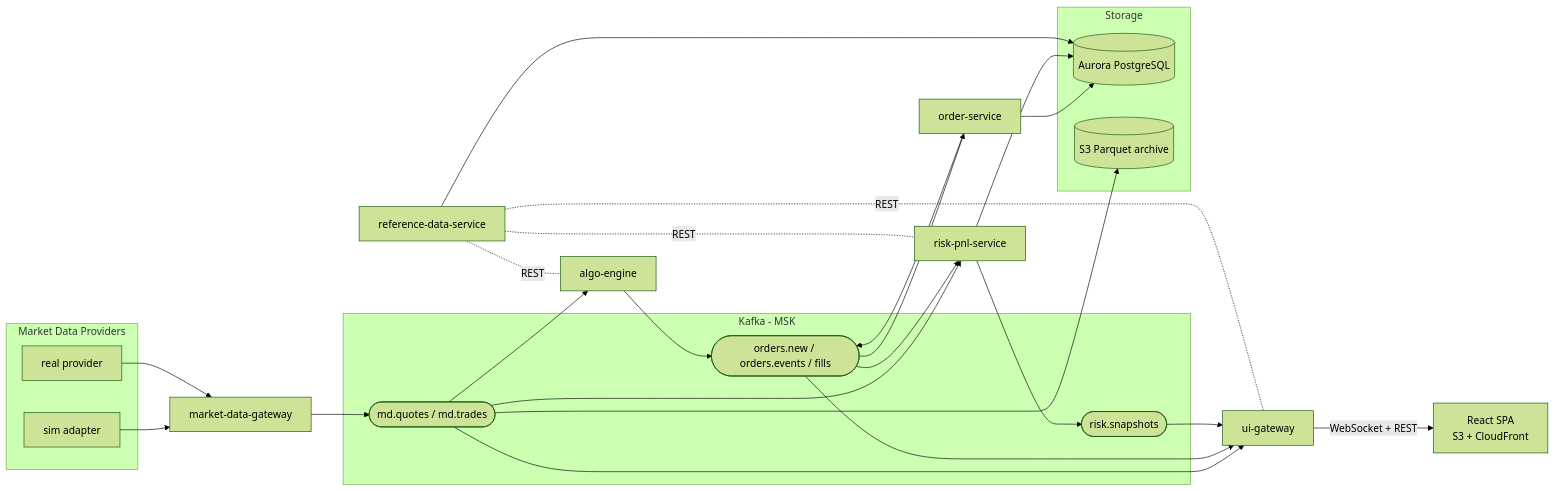
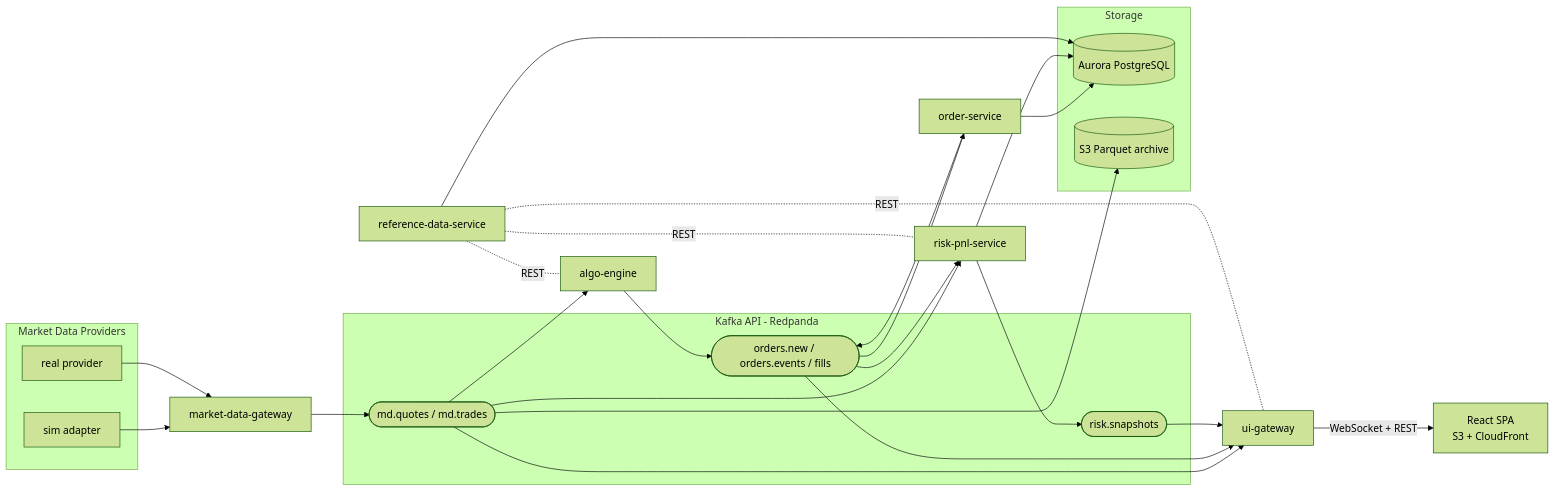
One commit to teoleg/jethro changed the diagram in docs/architecture/overview.md. Above: the diagram before and after it, drawn with Mermaid (forest theme). The commit also changed other lines of this file and 7 other files, not shown here.

````diff
--- a/docs/architecture/overview.md
+++ b/docs/architecture/overview.md
@@ -11,45 +13,45 @@
 ```mermaid
 flowchart LR
     subgraph ext[Market Data Providers]
         P1[sim adapter]
         P2[real provider]
     end
 
-    subgraph backbone[Kafka - MSK]
+    subgraph backbone[Kafka API - Redpanda]
         T1([md.quotes / md.trades])
         T2([orders.new / orders.events / fills])
         T3([risk.snapshots])
     end
 
     MDG[market-data-gateway] --> T1
     P1 --> MDG
     P2 --> MDG
 
     T1 --> ALGO[algo-engine]
     ALGO --> T2
     T2 --> ORD[order-service]
     ORD --> T2
 
     T1 --> RISK[risk-pnl-service]
     T2 --> RISK
     RISK --> T3
 
     REF[reference-data-service] -.REST.- ALGO
     REF -.REST.- RISK
 
     T1 --> UIG[ui-gateway]
     T2 --> UIG
     T3 --> UIG
     REF -.REST.- UIG
 
     subgraph store[Storage]
         PG[(Aurora PostgreSQL)]
         S3[(S3 Parquet archive)]
     end
     ORD --> PG
     RISK --> PG
     REF --> PG
     T1 --> S3
 
     UIG -- WebSocket + REST --> SPA[React SPA<br/>S3 + CloudFront]
 ```
````
